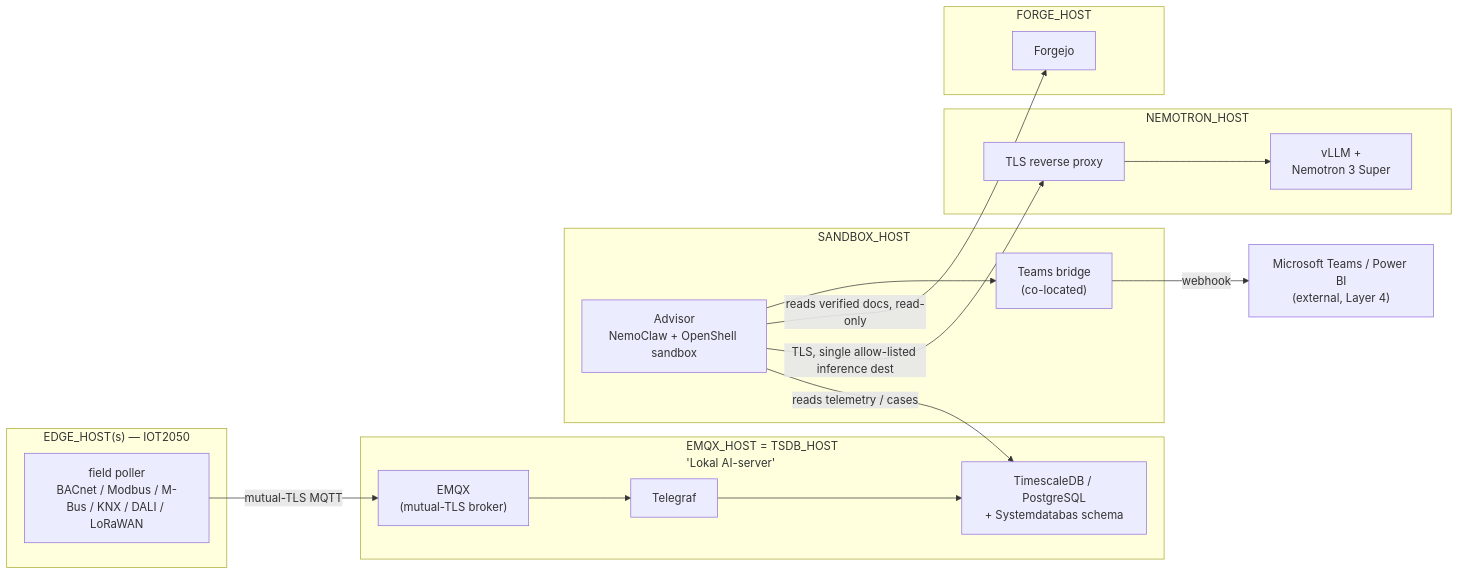
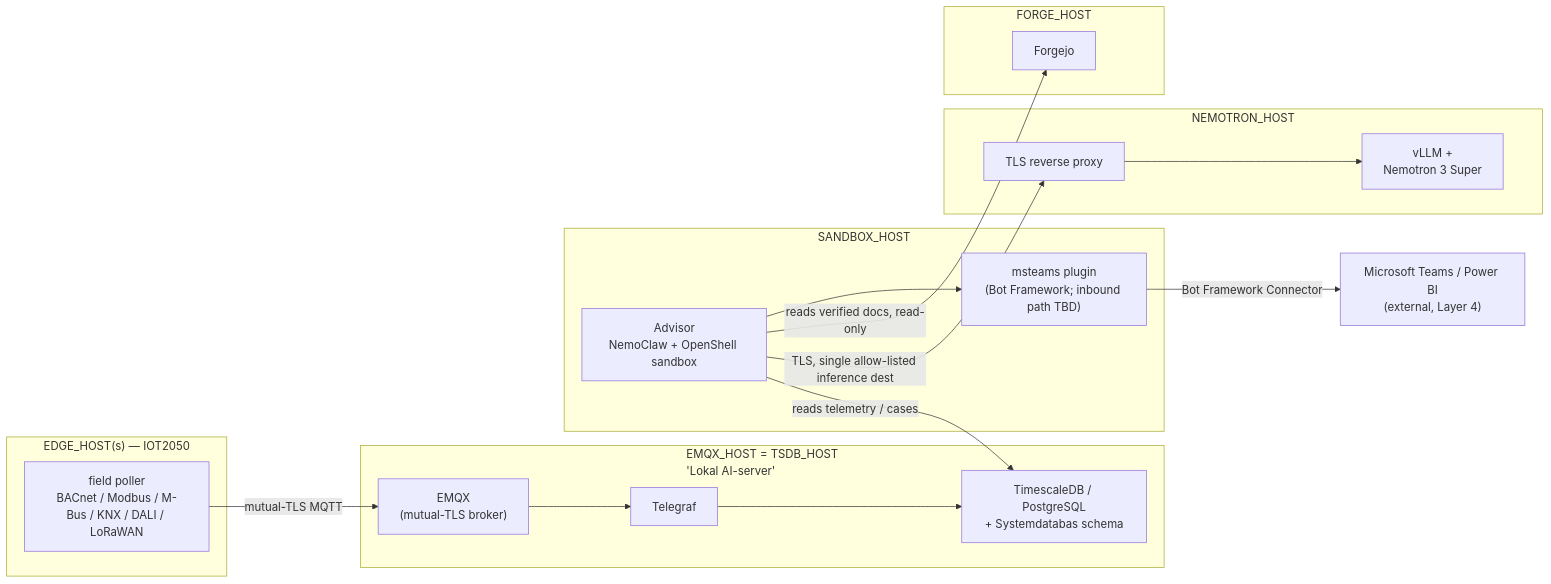
The diagram in docs/ARCHITECTURE.md (openAut/main), drawn with Mermaid before and after one commit. The commit also changed other lines of this file and 13 other files, not shown here.

First line of the commit message:
Spec-compliant SKILL.md frontmatter, Advisor decision logic + deploy/advisor-agent implementation, NemoClaw/OpenShell fact-check, retire Teams webhook bridge for native msteams plugin

````diff
--- a/docs/ARCHITECTURE.md
+++ b/docs/ARCHITECTURE.md
@@ -83,33 +83,33 @@
 ```mermaid
 flowchart LR
     subgraph EDGE["EDGE_HOST(s) — IOT2050"]
         IOT["field poller<br/>BACnet / Modbus / M-Bus / KNX / DALI / LoRaWAN"]
     end
 
     subgraph AITIER["EMQX_HOST = TSDB_HOST<br/>'Lokal AI-server'"]
         EMQX["EMQX<br/>(mutual-TLS broker)"]
         TELE["Telegraf"]
         TSDB["TimescaleDB / PostgreSQL<br/>+ Systemdatabas schema"]
         EMQX --> TELE --> TSDB
     end
 
     subgraph SANDBOXH["SANDBOX_HOST"]
         ADV["Advisor<br/>NemoClaw + OpenShell sandbox"]
-        TB["Teams bridge<br/>(co-located)"]
+        TB["msteams plugin<br/>(Bot Framework; inbound path TBD)"]
     end
 
     subgraph GPU["NEMOTRON_HOST"]
         PROXY["TLS reverse proxy"] --> VLLM["vLLM +<br/>Nemotron 3 Super"]
     end
 
     subgraph FORGEH["FORGE_HOST"]
         FORGE["Forgejo"]
     end
 
     IOT -->|mutual-TLS MQTT| EMQX
     ADV -->|reads telemetry / cases| TSDB
     ADV -->|TLS, single allow-listed inference dest| PROXY
     ADV -->|reads verified docs, read-only| FORGE
     ADV --> TB
-    TB -->|webhook| TEAMS["Microsoft Teams / Power BI<br/>(external, Layer 4)"]
+    TB -->|Bot Framework Connector| TEAMS["Microsoft Teams / Power BI<br/>(external, Layer 4)"]
 ```
````
